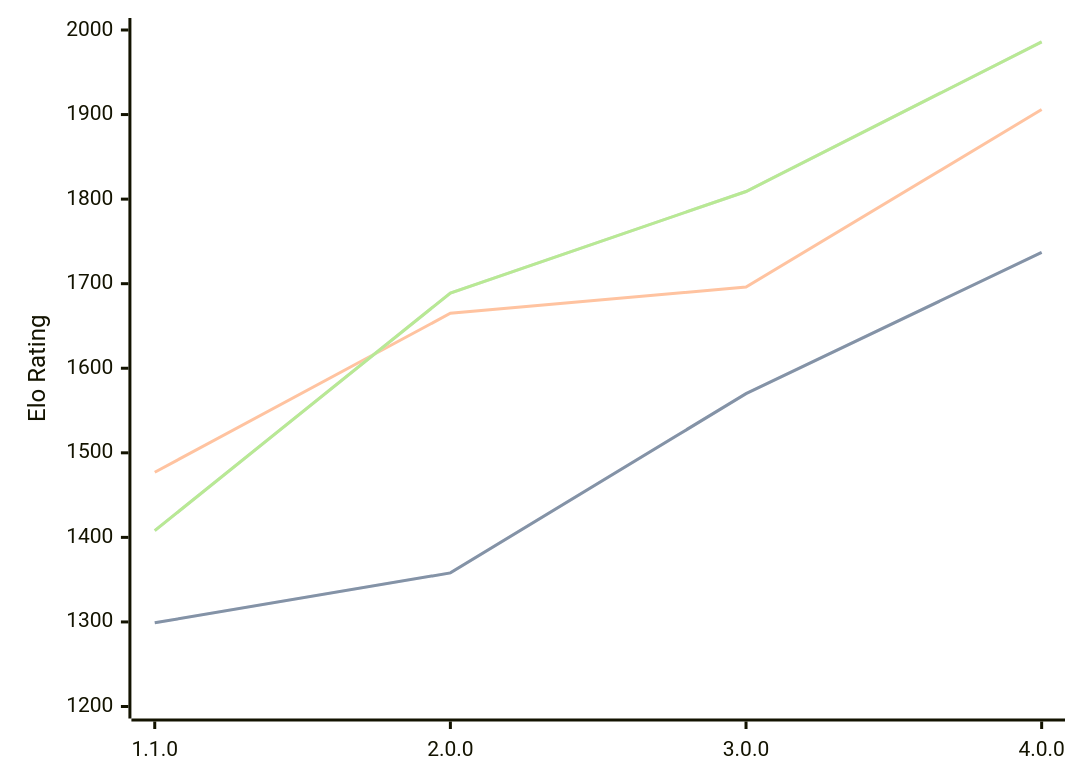
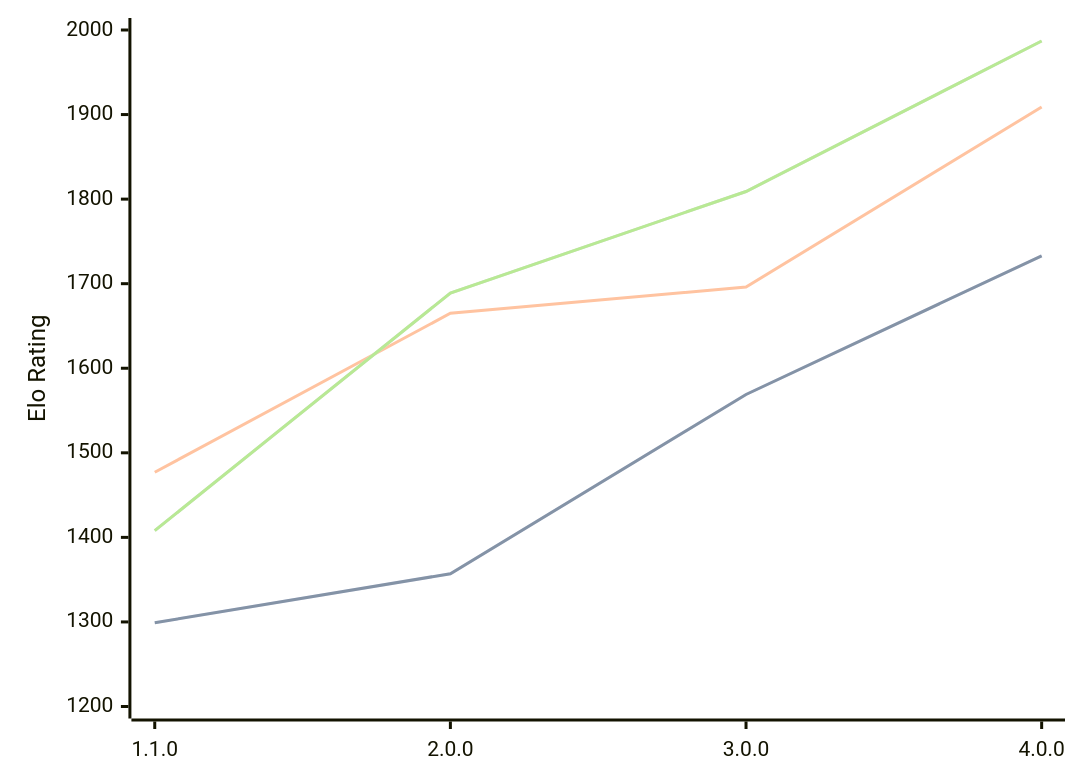
One commit to computer-chess-index/cci changed the diagram in engines/Laura.md. Above: the diagram before and after it, drawn with Mermaid. The commit also changed other lines of this file, not shown here.

Commit message:
Update CCI Ratings (ELO VLTC) - 2026-08-24

````diff
--- a/engines/Laura.md
+++ b/engines/Laura.md
@@ -34,11 +34,11 @@
 ```mermaid
 %%{init: {"theme":"base","themeVariables":{"seriesColors:['#a3a3a3','#222221','#faa371']}}}%%
 xychart-beta
   x-axis ["1.1.0", "2.0.0", "3.0.0", "4.0.0"]
   y-axis "Elo Rating" 1200 --> 2000
-  line "STC (8.0+0.08s)" [1299, 1358, 1570, 1737]
-  line "STC (8.0+0.08s)" [1299, 1358, 1570, 1737]
-  line "LTC (60.0+0.60s)" [1477, 1665, 1696, 1906]
-  line "VLTC (2m24s+1.12s)" [1408, 1689, 1809, 1986]
-  line "VLTC (2m24s+1.12s)" [1408, 1689, 1809, 1986]
+  line "STC (8.0+0.08s)" [1299, 1357, 1569, 1733]
+  line "STC (8.0+0.08s)" [1299, 1357, 1569, 1733]
+  line "LTC (60.0+0.60s)" [1477, 1665, 1696, 1909]
+  line "VLTC (2m24s+1.12s)" [1408, 1689, 1809, 1987]
+  line "VLTC (2m24s+1.12s)" [1408, 1689, 1809, 1987]
 ```
````
